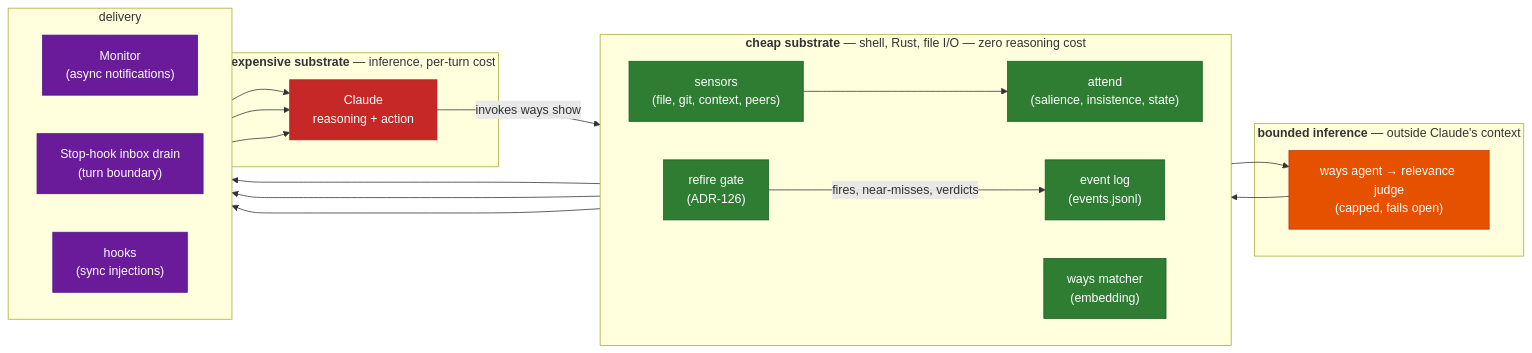
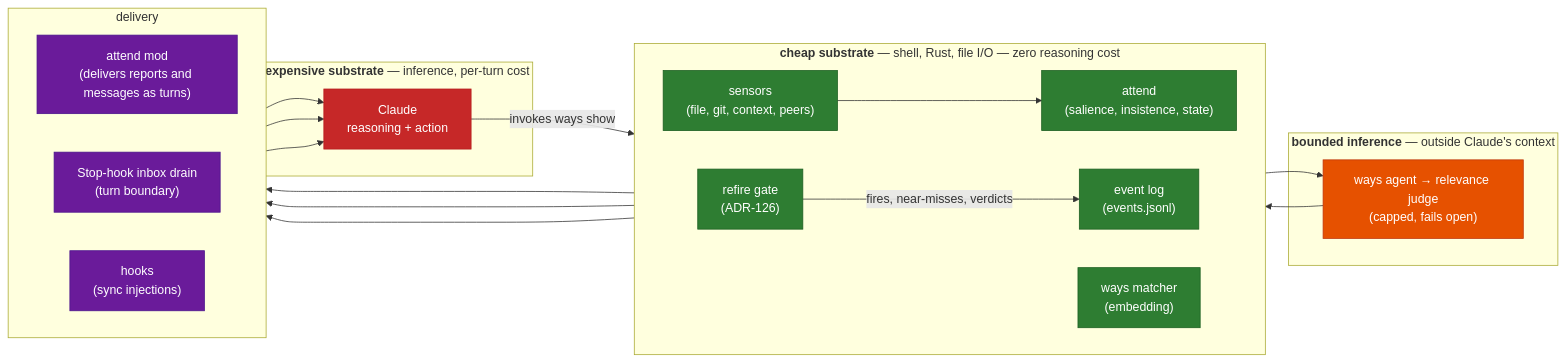
Before and after one commit to aaronsb/agent-ways: the first of 3 diagrams in docs/cognitive-loop.md, drawn with Mermaid. The commit also changed other lines of this file and 22 other files, not shown here.

First line of the commit message:
docs(attend): describe the mod and the sensor host, not attend run

````diff
--- a/docs/cognitive-loop.md
+++ b/docs/cognitive-loop.md
@@ -35,45 +35,45 @@
 ```mermaid
 flowchart LR
     classDef cheap fill:#2E7D32,stroke:#1B5E20,color:#fff
     classDef bounded fill:#E65100,stroke:#BF360C,color:#fff
     classDef expensive fill:#C62828,stroke:#B71C1C,color:#fff
     classDef delivery fill:#6A1B9A,stroke:#4A148C,color:#fff
 
     subgraph CheapSub["<b>cheap substrate</b> — shell, Rust, file I/O — zero reasoning cost"]
         direction LR
         Sensors["sensors<br/>(file, git, context, peers)"]:::cheap
         Attend["attend<br/>(salience, insistence, state)"]:::cheap
         Matcher["ways matcher<br/>(embedding)"]:::cheap
         Gate["refire gate<br/>(ADR-126)"]:::cheap
         Log["event log<br/>(events.jsonl)"]:::cheap
     end
 
     subgraph Bounded["<b>bounded inference</b> — outside Claude's context"]
         Judge["ways agent → relevance judge<br/>(capped, fails open)"]:::bounded
     end
 
     subgraph Del["delivery"]
         direction LR
-        Monitor["Monitor<br/>(async notifications)"]:::delivery
+        Mod["attend mod<br/>(delivers reports and messages as turns)"]:::delivery
         Drain["Stop-hook inbox drain<br/>(turn boundary)"]:::delivery
         Hooks["hooks<br/>(sync injections)"]:::delivery
     end
 
     subgraph Exp["<b>expensive substrate</b> — inference, per-turn cost"]
         Claude["Claude<br/>reasoning + action"]:::expensive
     end
 
     Sensors --> Attend
-    Attend --> Monitor
+    Attend --> Mod
     Attend --> Drain
     Matcher --> Judge
     Judge --> Gate
     Gate --> Hooks
 
-    Monitor --> Claude
+    Mod --> Claude
     Drain --> Claude
     Hooks --> Claude
 
     Gate -->|"fires, near-misses, verdicts"| Log
     Claude -->|"invokes ways show"| Gate
 ```
````
